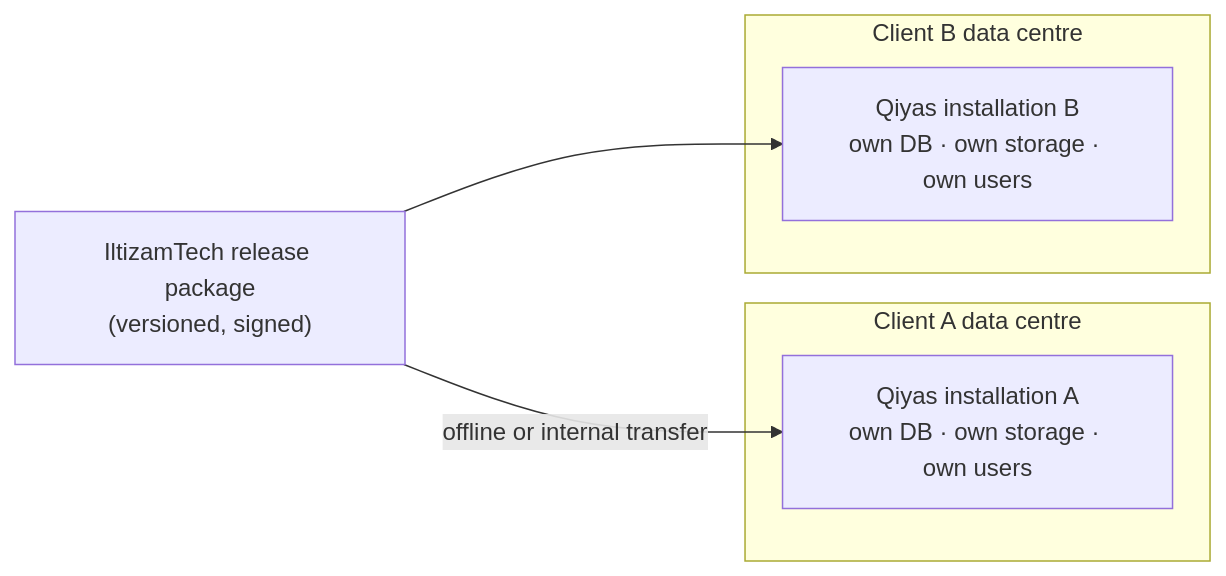
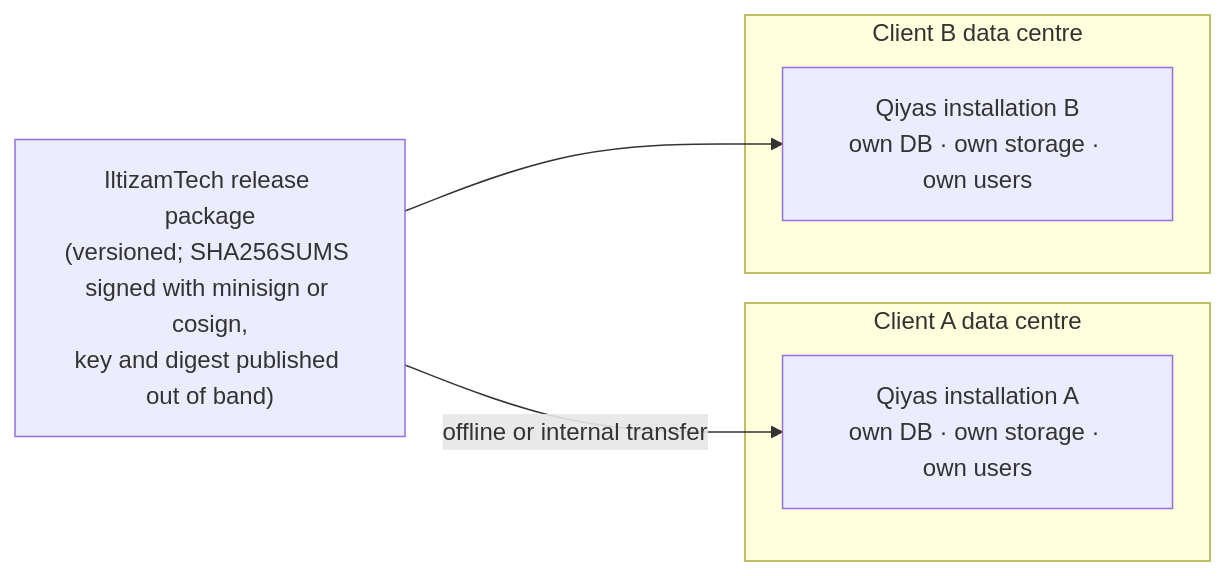
One commit to LTZam-Tech/Qiyas1 changed the first of 2 diagrams in docs/phase1/09-deployment.md. Above: the diagram before and after it, drawn with Mermaid. The commit also changed other lines of this file and 2 other files, not shown here.

Commit message:
security(B8): sign release manifests and verify before install
Fixes N7 (repo side) and part of CI-6/CI-15.

- deploy/make-release.sh: signs SHA256SUMS with minisign (QIYAS_MINISIGN_KEY) or cosign
  sign-blob (QIYAS_COSIGN_KEY); stops with a clear error when neither is available unless
  QIYAS_ALLOW_UNSIGNED=1; adds syft CycloneDX SBOMs when syft is installed; digest TODOs for
  postgres/redis/clamav.
- deploy/README.md: install and upgrade verify the signature and the out-of-band digest
  before sha256sum -c.
- docs/phase1/09-deployment.md: the "signed" claim now describes the actual process.

````diff
--- a/docs/phase1/09-deployment.md
+++ b/docs/phase1/09-deployment.md
@@ -9,11 +9,11 @@
 ```mermaid
 flowchart LR
     subgraph ClientA["Client A data centre"]
         IA["Qiyas installation A<br/>own DB · own storage · own users"]
     end
     subgraph ClientB["Client B data centre"]
         IB["Qiyas installation B<br/>own DB · own storage · own users"]
     end
-    R["IltizamTech release package<br/>(versioned, signed)"] -->|"offline or internal transfer"| IA
+    R["IltizamTech release package<br/>(versioned; SHA256SUMS signed with minisign or cosign,<br/>key and digest published out of band)"] -->|"offline or internal transfer"| IA
     R --> IB
 ```
````
